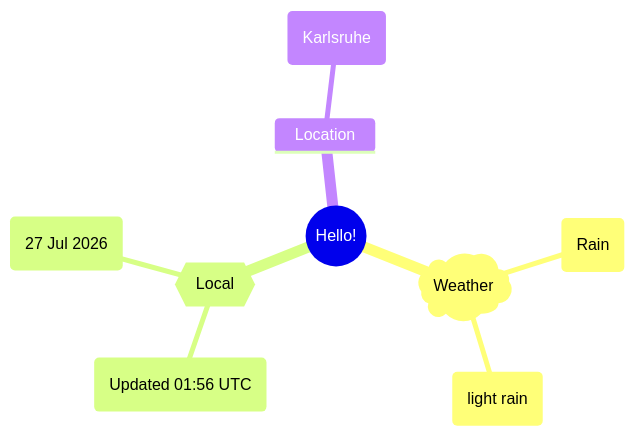
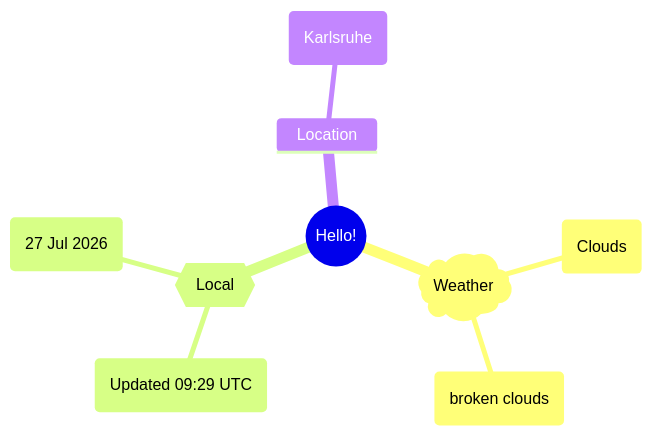
The first of 2 diagrams in README.md (Xosrov/Xosrov), drawn with Mermaid before and after one commit.

Commit message:
[bot] updated images

````diff
--- a/README.md
+++ b/README.md
@@ -3,12 +3,12 @@
 ```mermaid
 mindmap
   root((Hello!))
     )Weather(
-        (Rain)
-        (light rain)
+        (Clouds)
+        (broken clouds)
     {{Local}}
-        (Updated 01:56 UTC)
+        (Updated 09:29 UTC)
         (27 Jul 2026)
     Location
         (Karlsruhe)
 ```
````
